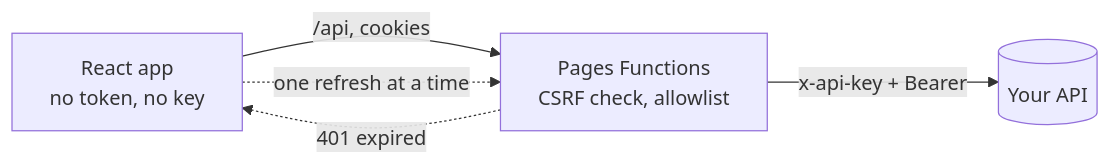
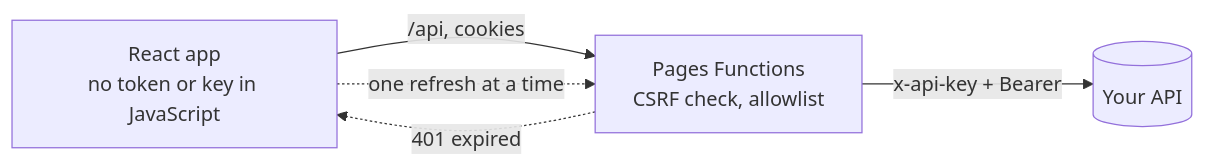
The diagram in README.md (HenriqueVon/template-react-bff-cloudflare), drawn with Mermaid before and after one commit. The commit also changed other lines of this file and 52 other files, not shown here.

````diff
--- a/README.md
+++ b/README.md
@@ -114,7 +128,7 @@
 ```mermaid
 flowchart LR
-  spa["React app<br/>no token, no key"] -- "/api, cookies" --> fn["Pages Functions<br/>CSRF check, allowlist"]
+  spa["React app<br/>no token or key in JavaScript"] -- "/api, cookies" --> fn["Pages Functions<br/>CSRF check, allowlist"]
   fn -- "x-api-key + Bearer" --> api[("Your API")]
   fn -. "401 expired" .-> spa
   spa -. "one refresh at a time" .-> fn
 ```
````
